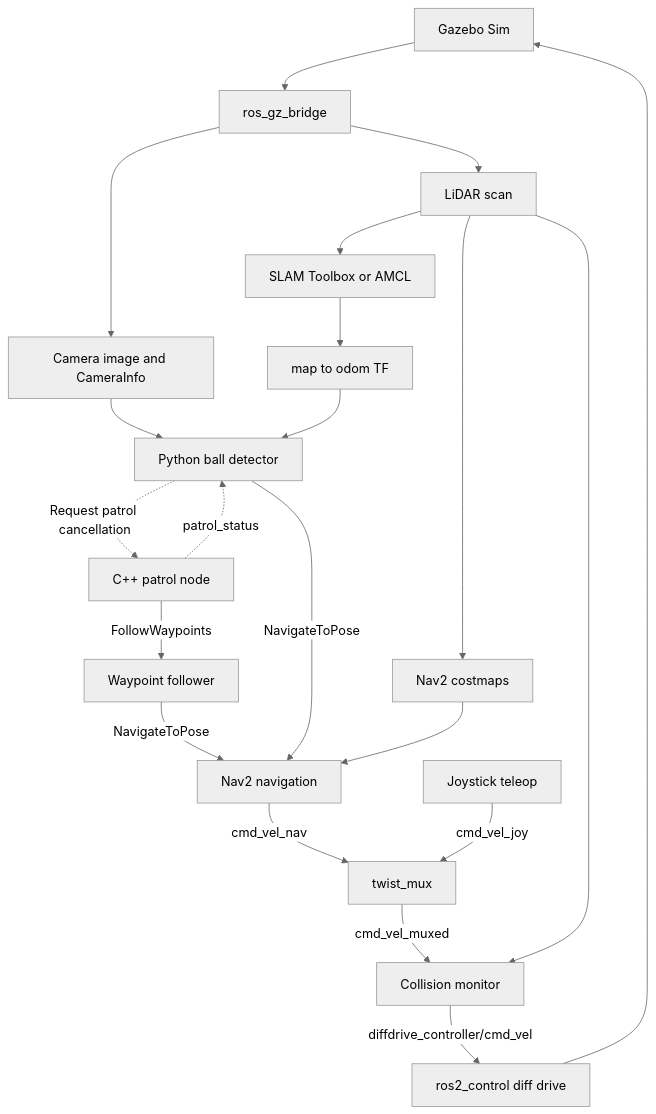
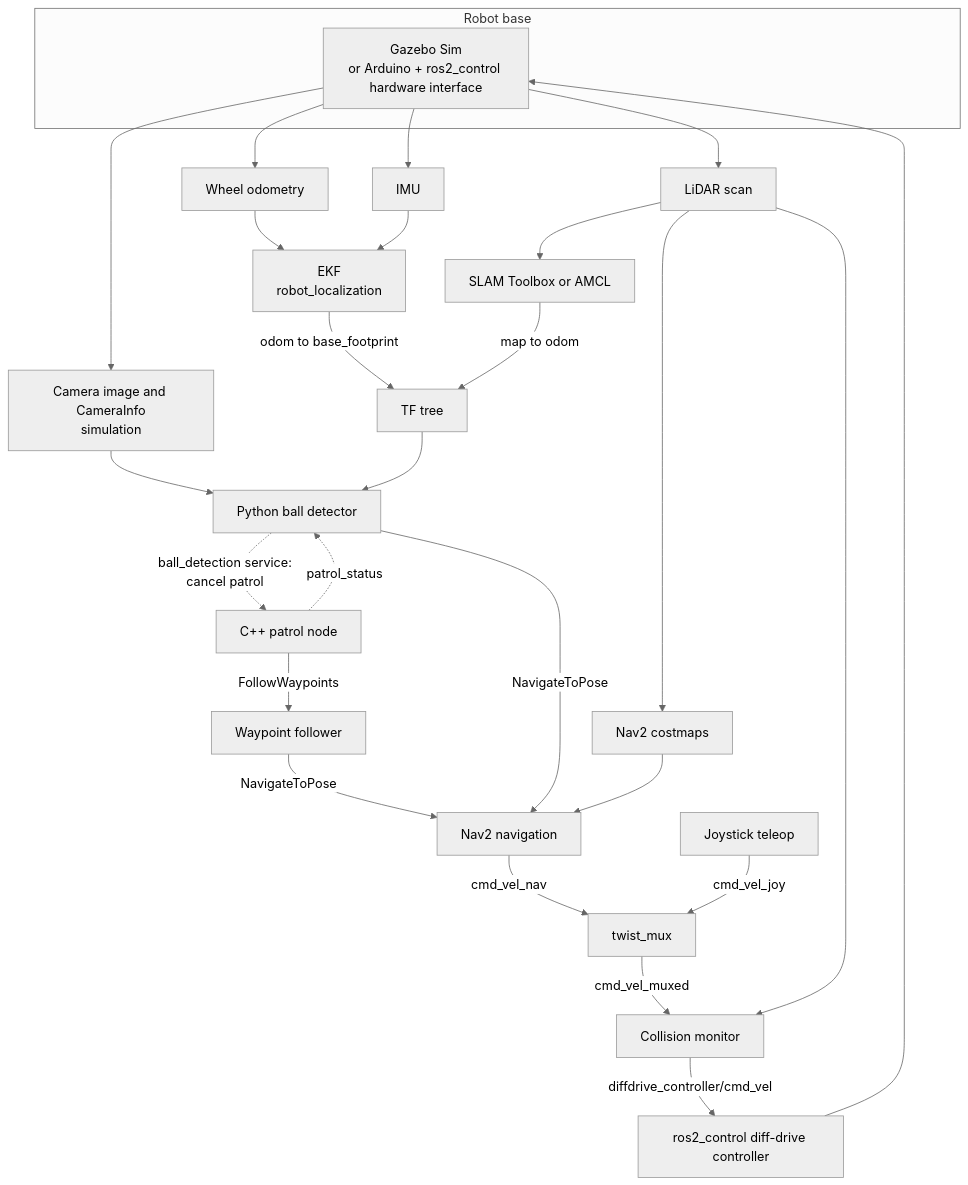
The diagram in README.md (Will0103/tennisbot_ws), drawn with Mermaid (neutral theme) before and after one commit. The commit also changed other lines of this file, not shown here.

````diff
--- a/README.md
+++ b/README.md
@@ -61,25 +74,34 @@
 ```mermaid
 flowchart TD
-    G[Gazebo Sim] --> BR[ros_gz_bridge]
-    BR --> L[LiDAR scan]
-    BR --> C[Camera image and CameraInfo]
+    subgraph Base[Robot base]
+        HW[Gazebo Sim<br/>or Arduino + ros2_control hardware interface]
+    end
+
+    HW --> ODOM[Wheel odometry]
+    HW --> IMU[IMU]
+    HW --> L[LiDAR scan]
+    HW --> C[Camera image and CameraInfo<br/>simulation]
+
+    ODOM --> EKF[EKF<br/>robot_localization]
+    IMU --> EKF
+    EKF -->|odom to base_footprint| TF[TF tree]
     L --> LOC[SLAM Toolbox or AMCL]
-    LOC --> TF[map to odom TF]
+    LOC -->|map to odom| TF
     L --> COST[Nav2 costmaps]
 
     P[C++ patrol node] -->|FollowWaypoints| W[Waypoint follower]
     W -->|NavigateToPose| NAV[Nav2 navigation]
     C --> V[Python ball detector]
     TF --> V
-    V -.->|Request patrol cancellation| P
+    V -.->|ball_detection service:<br/>cancel patrol| P
     P -.->|patrol_status| V
     V -->|NavigateToPose| NAV
     COST --> NAV
 
     NAV -->|cmd_vel_nav| M[twist_mux]
     J[Joystick teleop] -->|cmd_vel_joy| M
     M -->|cmd_vel_muxed| CM[Collision monitor]
     L --> CM
-    CM -->|diffdrive_controller/cmd_vel| D[ros2_control diff drive]
-    D --> G
+    CM -->|diffdrive_controller/cmd_vel| D[ros2_control diff-drive controller]
+    D --> HW
 ```
````
